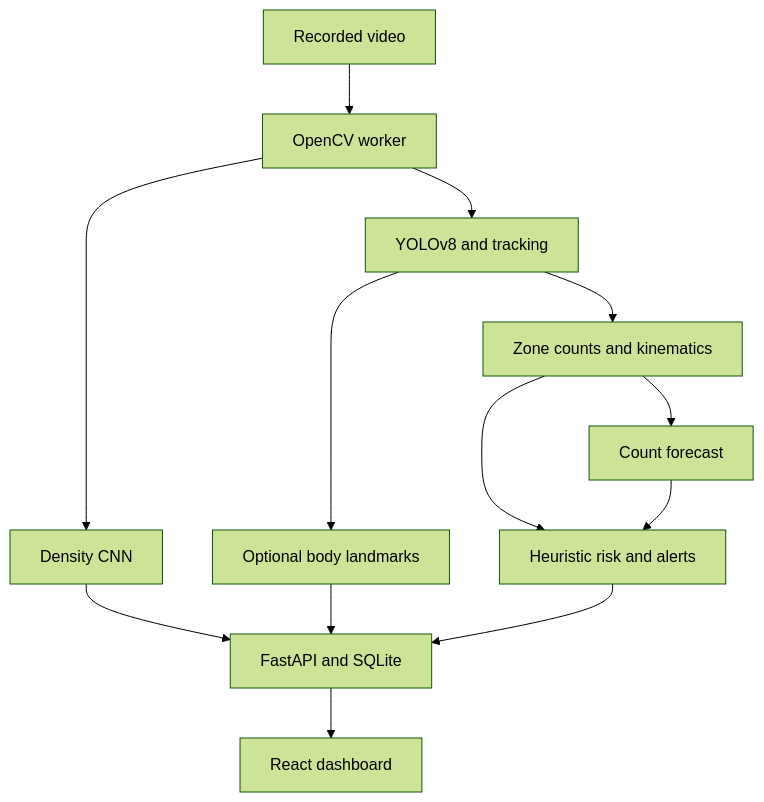
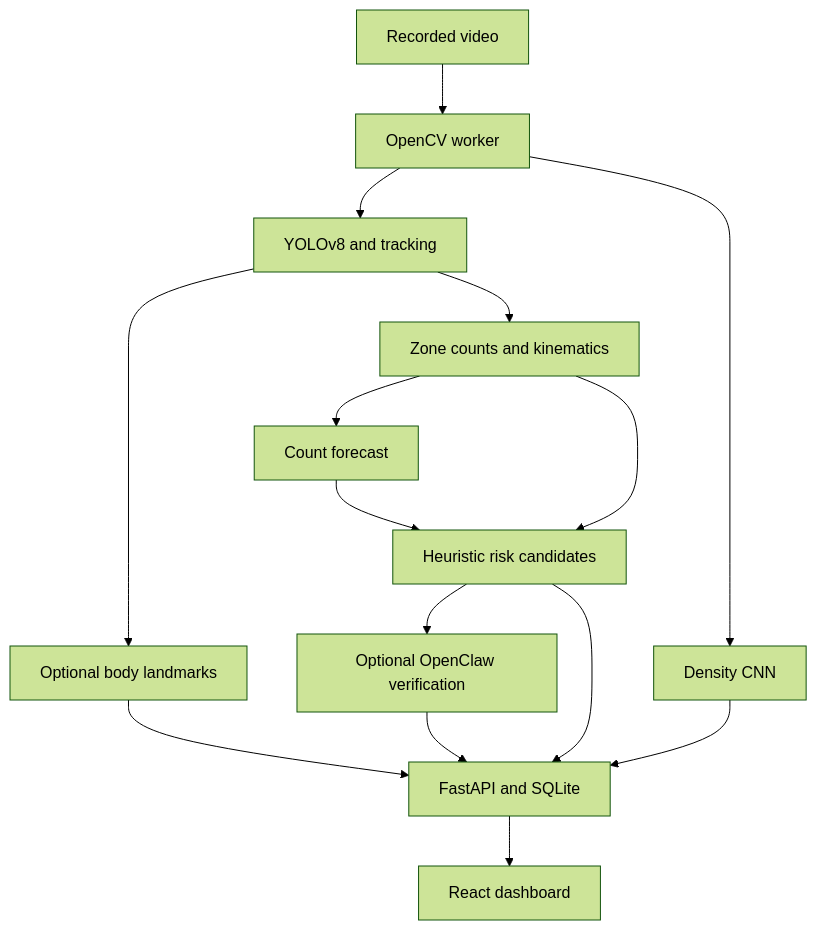
One commit to sasiananth3/Crowdshield-AI changed the diagram in README.md. Above: the diagram before and after it, drawn with Mermaid (forest theme). The commit also changed other lines of this file and 11 other files, not shown here.

Commit message:
Implement OpenClaw alert verification system with optional integration, database support, and UI updates for enhanced crowd alert management

````diff
--- a/README.md
+++ b/README.md
@@ -167,15 +205,17 @@
 ```mermaid
 flowchart TD
     V[Recorded video] --> W[OpenCV worker]
     W --> D[YOLOv8 and tracking]
     W --> C[Density CNN]
     D --> P[Optional body landmarks]
     D --> K[Zone counts and kinematics]
     K --> L[Count forecast]
-    K --> R[Heuristic risk and alerts]
+    K --> R[Heuristic risk candidates]
     L --> R
+    R --> O[Optional OpenClaw verification]
+    O --> A
+    R --> A
     C --> A[FastAPI and SQLite]
     P --> A
-    R --> A
     A --> U[React dashboard]
 ```
````
